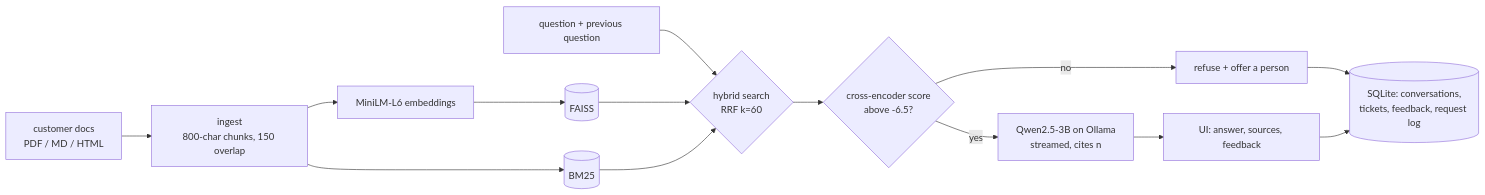
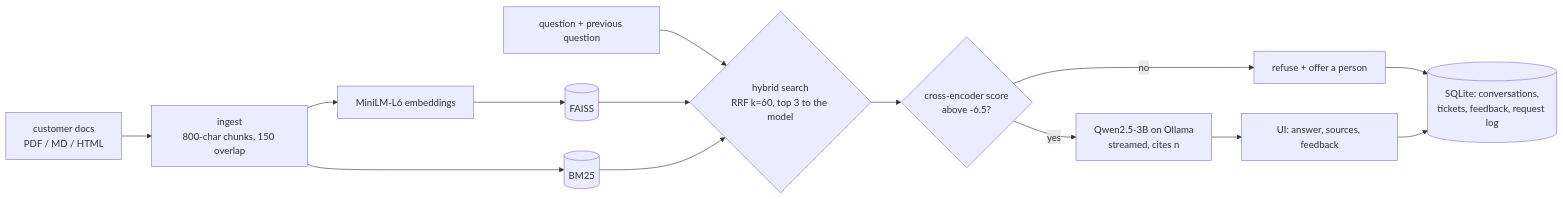
One commit to Deepanshu16125/DeployDesk changed the diagram in README.md. Above: the diagram before and after it, drawn with Mermaid. The commit also changed other lines of this file and 2 other files, not shown here.

````diff
--- a/README.md
+++ b/README.md
@@ -19,15 +19,15 @@
 ```mermaid
 flowchart LR
     D[customer docs<br/>PDF / MD / HTML] --> I[ingest<br/>800-char chunks, 150 overlap]
     I --> E[MiniLM-L6 embeddings] --> F[(FAISS)]
     I --> B[(BM25)]
-    Q[question + previous question] --> H{hybrid search<br/>RRF k=60}
+    Q[question + previous question] --> H{hybrid search<br/>RRF k=60, top 3 to the model}
     F --> H
     B --> H
     H --> G{cross-encoder score<br/>above -6.5?}
     G -- no --> N[refuse + offer a person]
     G -- yes --> L[Qwen2.5-3B on Ollama<br/>streamed, cites n]
     L --> U[UI: answer, sources, feedback]
     N --> T[(SQLite: conversations,<br/>tickets, feedback, request log)]
     U --> T
 ```
````
